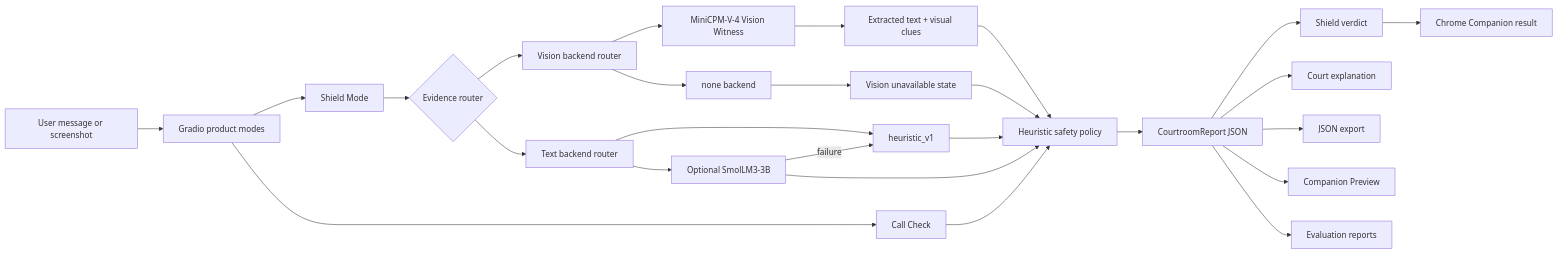
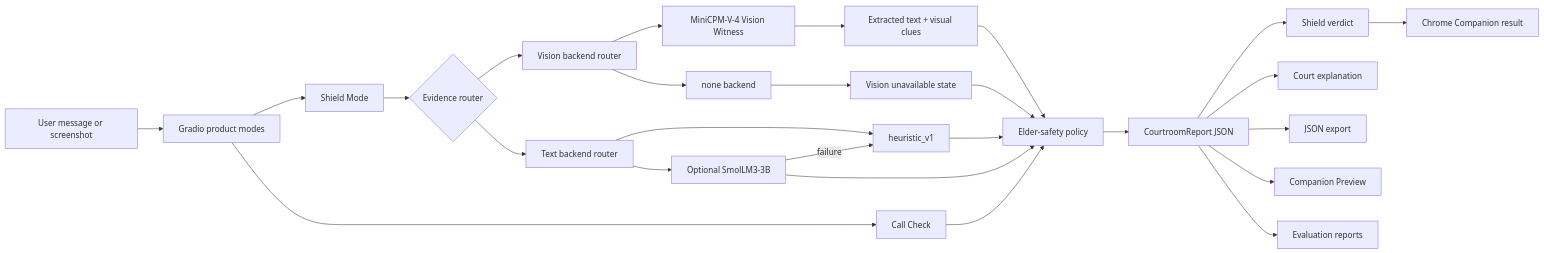
One commit to jpablortiz96/Scam-Court-AI changed the first of 8 diagrams in docs/ARCHITECTURE.md. Above: the diagram before and after it, drawn with Mermaid. The commit also changed other lines of this file and 14 other files, not shown here.

Commit message:
docs: upgrade public proof pack with screenshots and architecture

````diff
--- a/docs/ARCHITECTURE.md
+++ b/docs/ARCHITECTURE.md
@@ -10,28 +15,28 @@
 ```mermaid
 flowchart LR
     U["User message or screenshot"] --> UI["Gradio product modes"]
     UI --> S["Shield Mode"]
     UI --> CALL["Call Check"]
     S --> ROUTE{"Evidence router"}
     ROUTE --> TEXT["Text backend router"]
     ROUTE --> VISION["Vision backend router"]
     TEXT --> HEUR["heuristic_v1"]
     TEXT --> SMOL["Optional SmolLM3-3B"]
     SMOL -->|failure| HEUR
     VISION --> NONE["none backend"]
     VISION --> MCPM["MiniCPM-V-4 Vision Witness"]
     MCPM --> EXTRACT["Extracted text + visual clues"]
     NONE --> FALLBACK["Vision unavailable state"]
-    EXTRACT --> POLICY["Heuristic safety policy"]
+    EXTRACT --> POLICY["Elder-safety policy"]
     FALLBACK --> POLICY
     HEUR --> POLICY
     SMOL --> POLICY
     CALL --> POLICY
     POLICY --> REPORT["CourtroomReport JSON"]
     REPORT --> VERDICT["Shield verdict"]
     REPORT --> COURT["Court explanation"]
     REPORT --> EXPORT["JSON export"]
     REPORT --> PREVIEW["Companion Preview"]
     REPORT --> EVAL["Evaluation reports"]
     VERDICT --> EXT["Chrome Companion result"]
 ```
````
